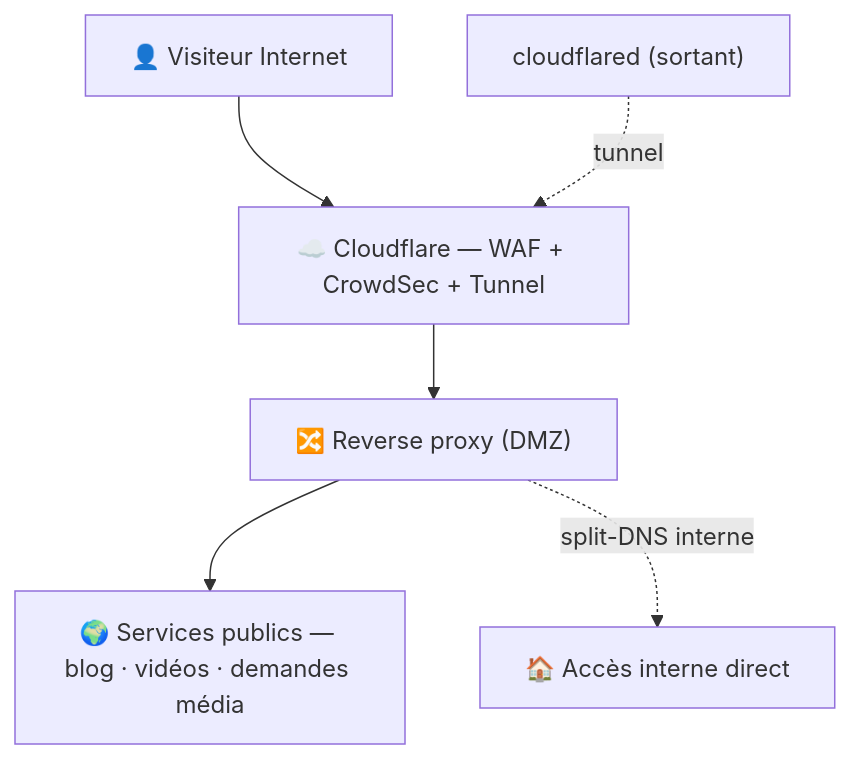
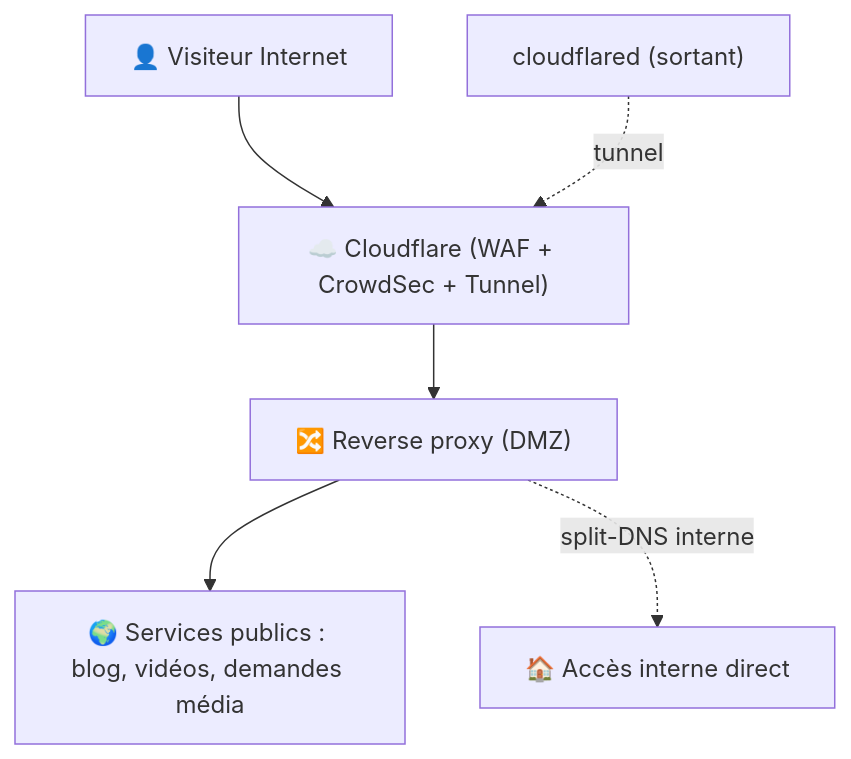
One commit to Dam0rt/homelab-public changed the third of 4 diagrams in schemas.md. Above: the diagram before and after it, drawn with Mermaid. The commit also changed other lines of this file and 16 other files, not shown here.

````diff
--- a/schemas.md
+++ b/schemas.md
@@ -56,8 +56,8 @@
 ```mermaid
 flowchart TD
-    V["👤 Visiteur Internet"] --> CF["☁️ Cloudflare — WAF + CrowdSec + Tunnel"]
+    V["👤 Visiteur Internet"] --> CF["☁️ Cloudflare (WAF + CrowdSec + Tunnel)"]
     TUN["cloudflared (sortant)"] -. tunnel .-> CF
     CF --> ZX["🔀 Reverse proxy (DMZ)"]
-    ZX --> PUB["🌍 Services publics — blog · vidéos · demandes média"]
+    ZX --> PUB["🌍 Services publics : blog, vidéos, demandes média"]
     ZX -. split-DNS interne .-> LAN["🏠 Accès interne direct"]
 ```
````
